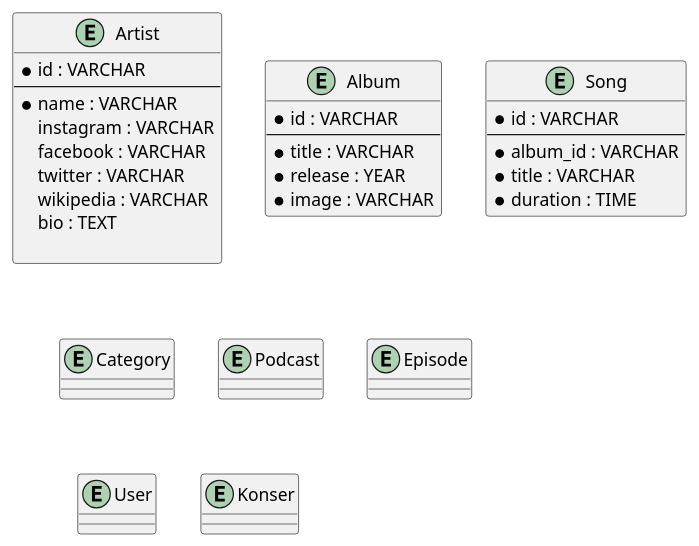
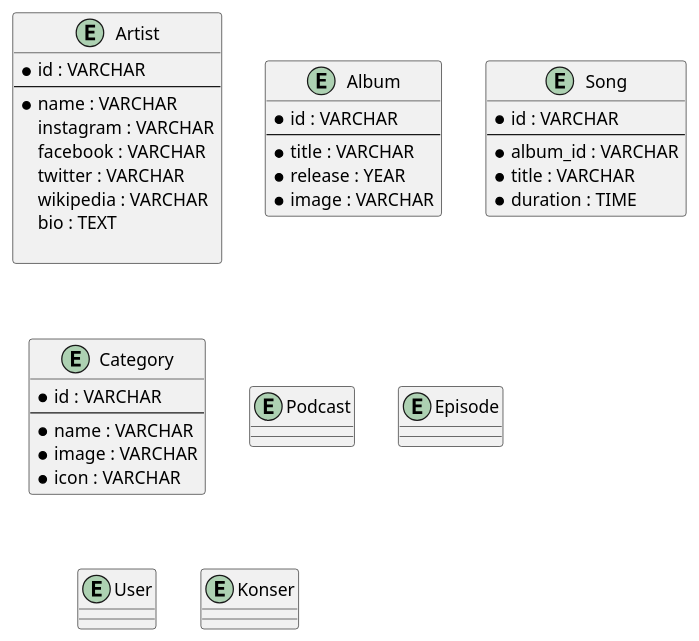
Before and after one commit to bayubagusbagaswara/design-database-spotify-clone: the diagram in src/entity.puml, drawn with PlantUML.

Commit message:
menentukan attribute untuk Category

```diff
--- a/src/entity.puml
+++ b/src/entity.puml
@@ -1,37 +1,43 @@
 @startuml
 entity Artist {
     * id : VARCHAR
     --
     * name : VARCHAR
     instagram : VARCHAR
     facebook : VARCHAR
     twitter : VARCHAR
     wikipedia : VARCHAR
     bio : TEXT
 
 }
 entity Album {
     * id : VARCHAR
     --
     * title : VARCHAR
     * release : YEAR
     * image : VARCHAR
 }
 entity Song {
     * id : VARCHAR
     --
     * album_id : VARCHAR
     * title : VARCHAR
     * duration : TIME
 }
 entity Category {
+    * id : VARCHAR
+    --
+    * name : VARCHAR
+    * image : VARCHAR
+    * icon : VARCHAR
 }
 entity Podcast {
+
 }
 entity Episode {
 }
 entity User{
 }
 entity Konser{
 }
 @enduml
```
